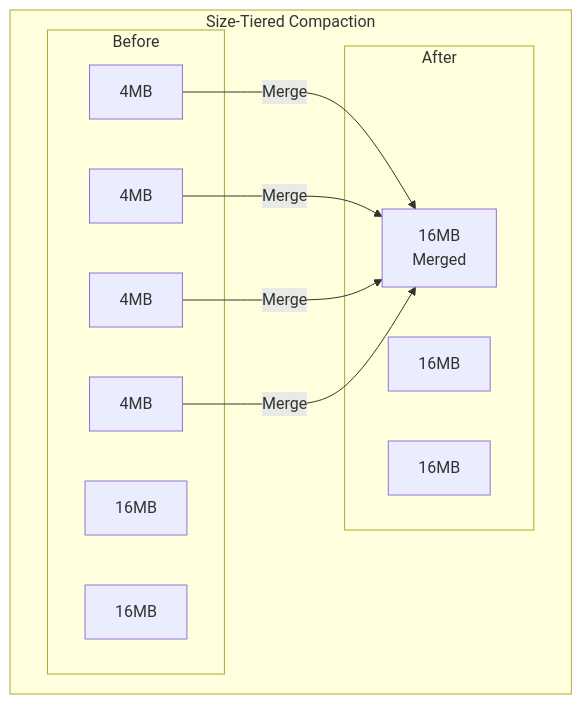
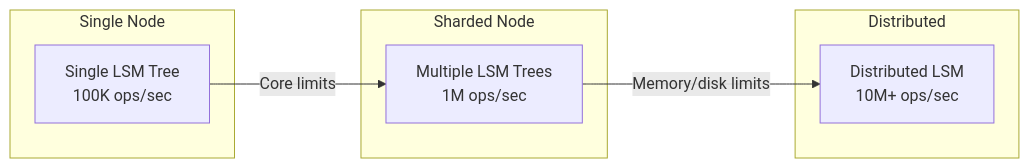
The fourth of 6 diagrams in docs/pattern-library/data-management/lsm-tree.md (deepaucksharma/DStudio), drawn with Mermaid before and after one commit. The commit also changed other lines of this file and 23 other files, not shown here.

````diff
--- a/docs/pattern-library/data-management/lsm-tree.md
+++ b/docs/pattern-library/data-management/lsm-tree.md
@@ -259,24 +254,17 @@
 ```mermaid
-graph TD
- subgraph "Size-Tiered Compaction"
- subgraph "Before"
- S1[4MB] 
- S2[4MB]
- S3[4MB]
- S4[4MB]
- M1[16MB]
- M2[16MB]
- end
- 
- subgraph "After"
- NS1[16MB<br/>Merged]
- M1C[16MB]
- M2C[16MB]
- end
- 
- S1 -->|Merge| NS1
- S2 -->|Merge| NS1
- S3 -->|Merge| NS1
- S4 -->|Merge| NS1
- end
+graph LR
+    subgraph "Single Node"
+        A1[Single LSM Tree<br/>100K ops/sec]
+    end
+    
+    subgraph "Sharded Node"
+        B1[Multiple LSM Trees<br/>1M ops/sec]
+    end
+    
+    subgraph "Distributed"
+        C1[Distributed LSM<br/>10M+ ops/sec]
+    end
+    
+    A1 -->|Core limits| B1
+    B1 -->|Memory/disk limits| C1
 ```
````
